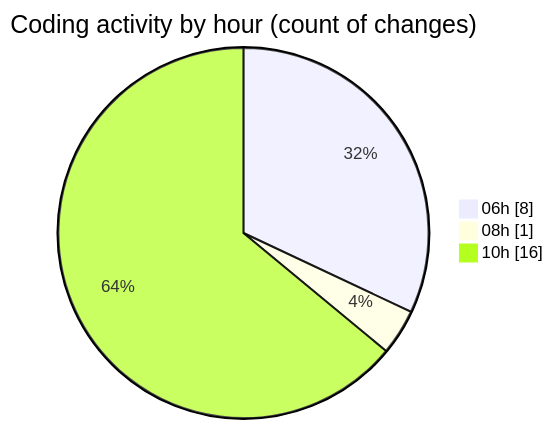
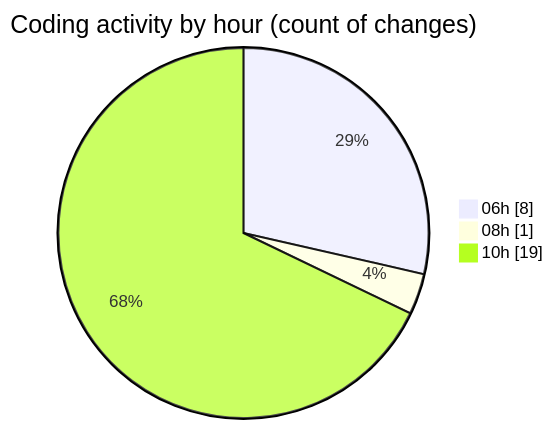
The second of 2 diagrams in 2025-10-25/ai/README.md (IJAZ3593/code-tracking), drawn with Mermaid before and after one commit. The commit also changed other lines of this file and 1 other file, not shown here.

````diff
--- a/2025-10-25/ai/README.md
+++ b/2025-10-25/ai/README.md
@@ -40,7 +41,7 @@
 ```mermaid
 pie showData
 title Coding activity by hour (count of changes)
 "06h" : 8
 "08h" : 1
-"10h" : 16
+"10h" : 19
 ```
````
